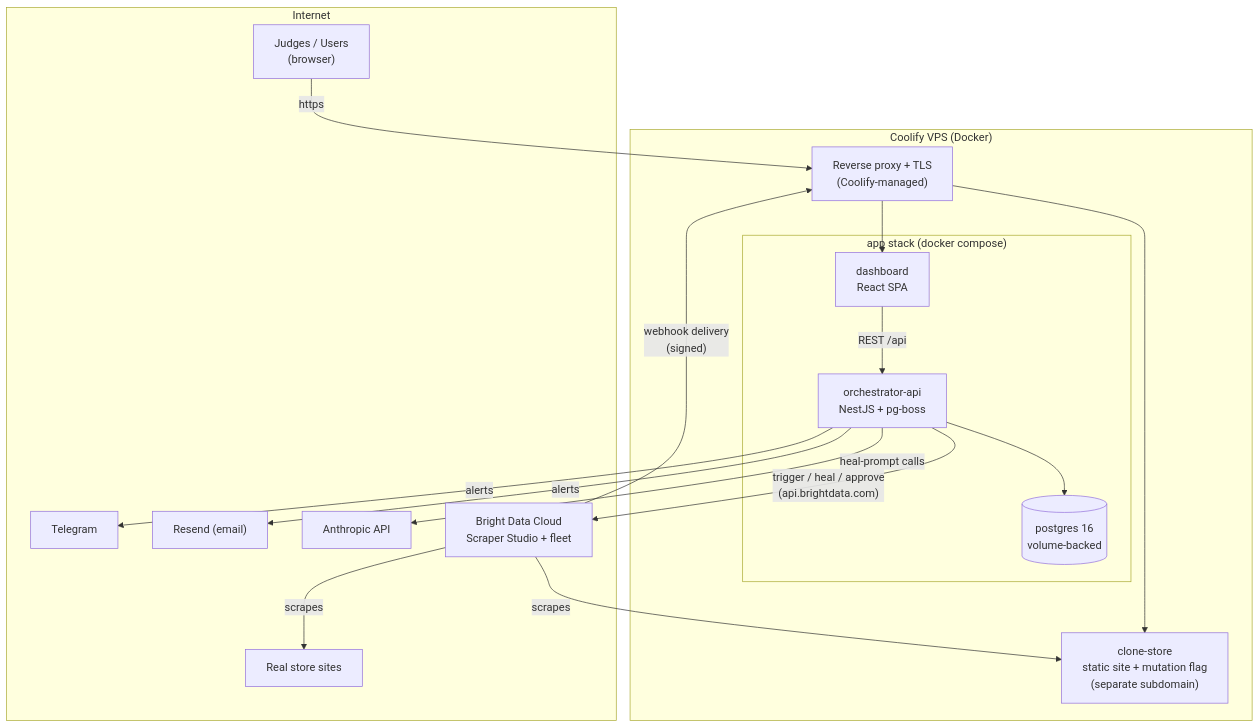
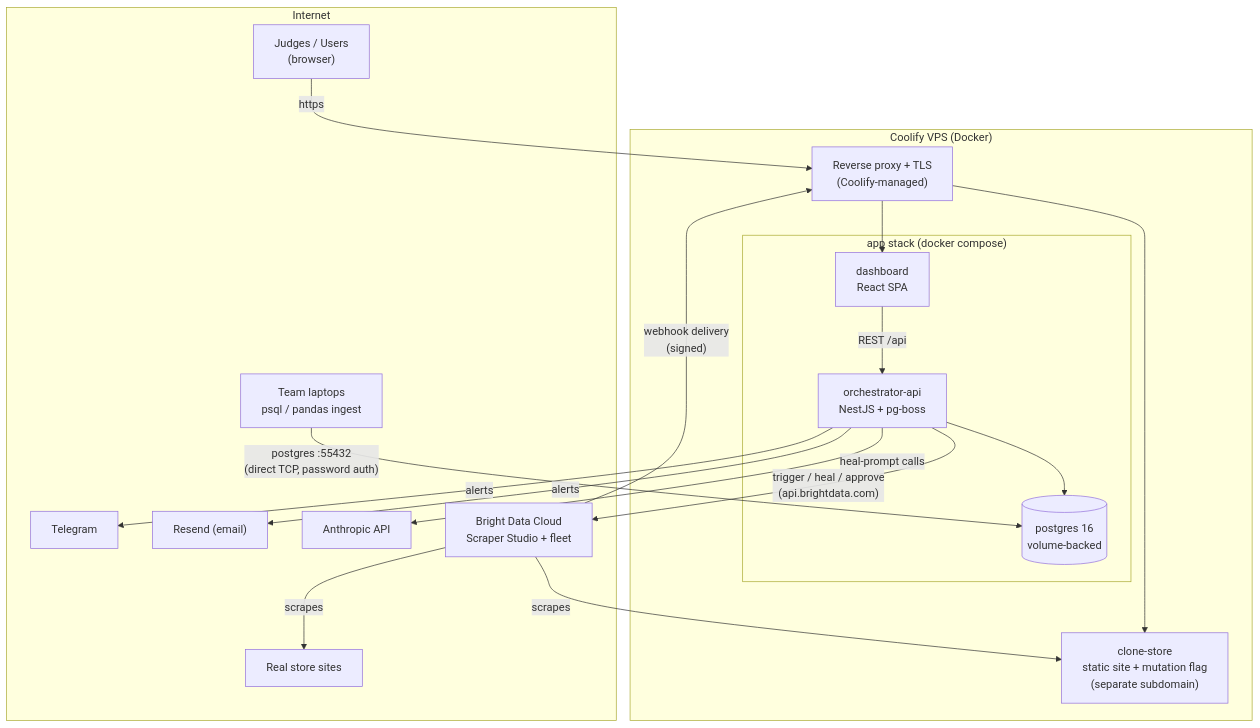
One commit to spencerjireh/basketwatch changed the fifth of 5 diagrams in docs/architecture.md. Above: the diagram before and after it, drawn with Mermaid. The commit also changed other lines of this file and 12 other files, not shown here.

````diff
--- a/docs/architecture.md
+++ b/docs/architecture.md
@@ -295,34 +313,36 @@
 ```mermaid
 flowchart TB
     subgraph INET["Internet"]
         JUDGE["Judges / Users<br/>(browser)"]
         TG["Telegram"]
         RESEND["Resend (email)"]
         ANTHROPIC["Anthropic API"]
         BDCLOUD["Bright Data Cloud<br/>Scraper Studio + fleet"]
         STORES["Real store sites"]
+        TEAM["Team laptops<br/>psql / pandas ingest"]
     end
 
     subgraph COOLIFY["Coolify VPS (Docker)"]
         PROXY["Reverse proxy + TLS<br/>(Coolify-managed)"]
         subgraph APP["app stack (docker compose)"]
             WEB["dashboard<br/>React SPA"]
             APIC["orchestrator-api<br/>NestJS + pg-boss"]
             PG[("postgres 16<br/>volume-backed")]
         end
         CLONE["clone-store<br/>static site + mutation flag<br/>(separate subdomain)"]
     end
 
     JUDGE -->|https| PROXY
     PROXY --> WEB
     PROXY --> CLONE
     WEB -->|REST /api| APIC
     APIC --> PG
     APIC -->|"trigger / heal / approve<br/>(api.brightdata.com)"| BDCLOUD
     BDCLOUD -->|"webhook delivery<br/>(signed)"| PROXY
     BDCLOUD -->|scrapes| STORES
     BDCLOUD -->|scrapes| CLONE
     APIC -->|heal-prompt calls| ANTHROPIC
     APIC -->|alerts| RESEND
     APIC -->|alerts| TG
+    TEAM -->|"postgres :55432<br/>(direct TCP, password auth)"| PG
 ```
````
